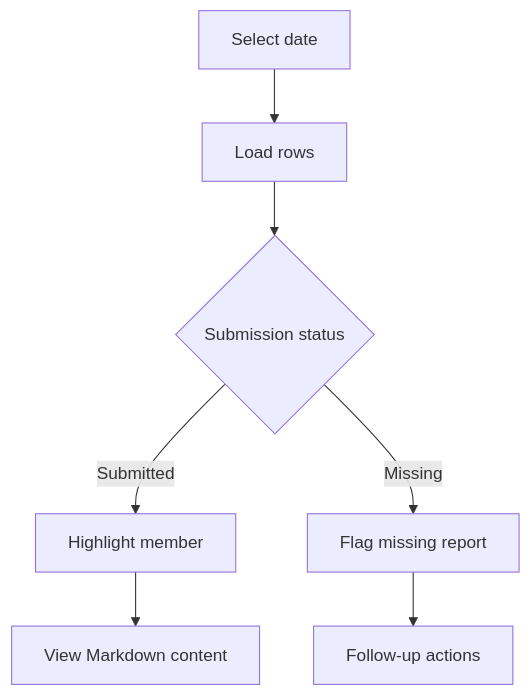
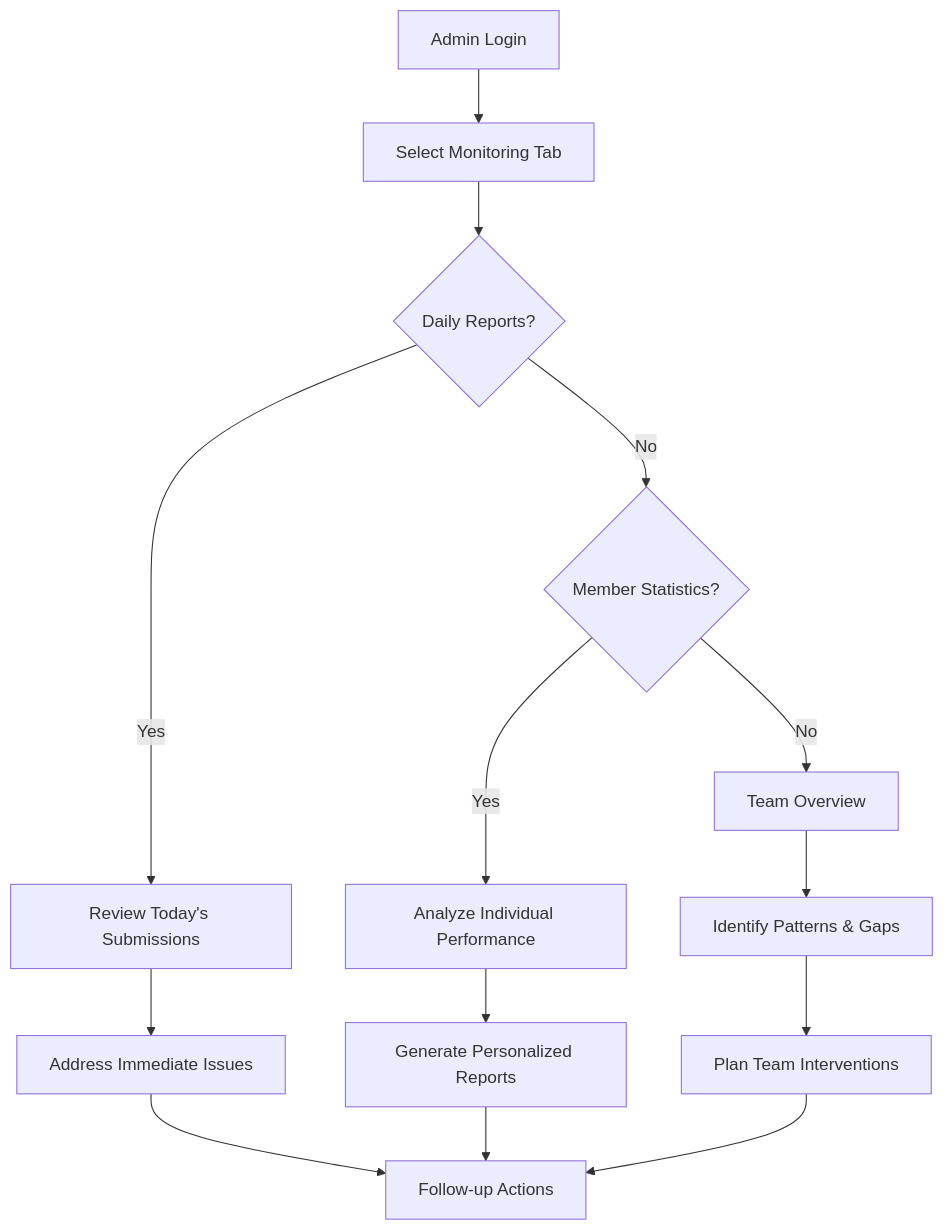
Before and after one commit to jrj444/git-daily: the eighth of 8 diagrams in .qoder/repowiki/en/content/Admin Features/Team Report Monitoring.md, drawn with Mermaid. The commit also changed other lines of this file and 8 other files, not shown here.

````diff
--- a/.qoder/repowiki/en/content/Admin Features/Team Report Monitoring.md
+++ b/.qoder/repowiki/en/content/Admin Features/Team Report Monitoring.md
@@ -245,9 +447,16 @@
 ```mermaid
 flowchart TD
-A["Select date"] --> B["Load rows"]
-B --> C{"Submission status"}
-C --> |Submitted| D["Highlight member"]
-C --> |Missing| E["Flag missing report"]
-D --> F["View Markdown content"]
-E --> G["Follow-up actions"]
+A["Admin Login"] --> B["Select Monitoring Tab"]
+B --> C{"Daily Reports?"}
+C --> |Yes| D["Review Today's Submissions"]
+C --> |No| E{"Member Statistics?"}
+E --> |Yes| F["Analyze Individual Performance"]
+E --> |No| G["Team Overview"]
+G --> H["Identify Patterns & Gaps"]
+F --> I["Generate Personalized Reports"]
+D --> J["Address Immediate Issues"]
+H --> K["Plan Team Interventions"]
+I --> L["Follow-up Actions"]
+J --> L
+K --> L
 ```
````
